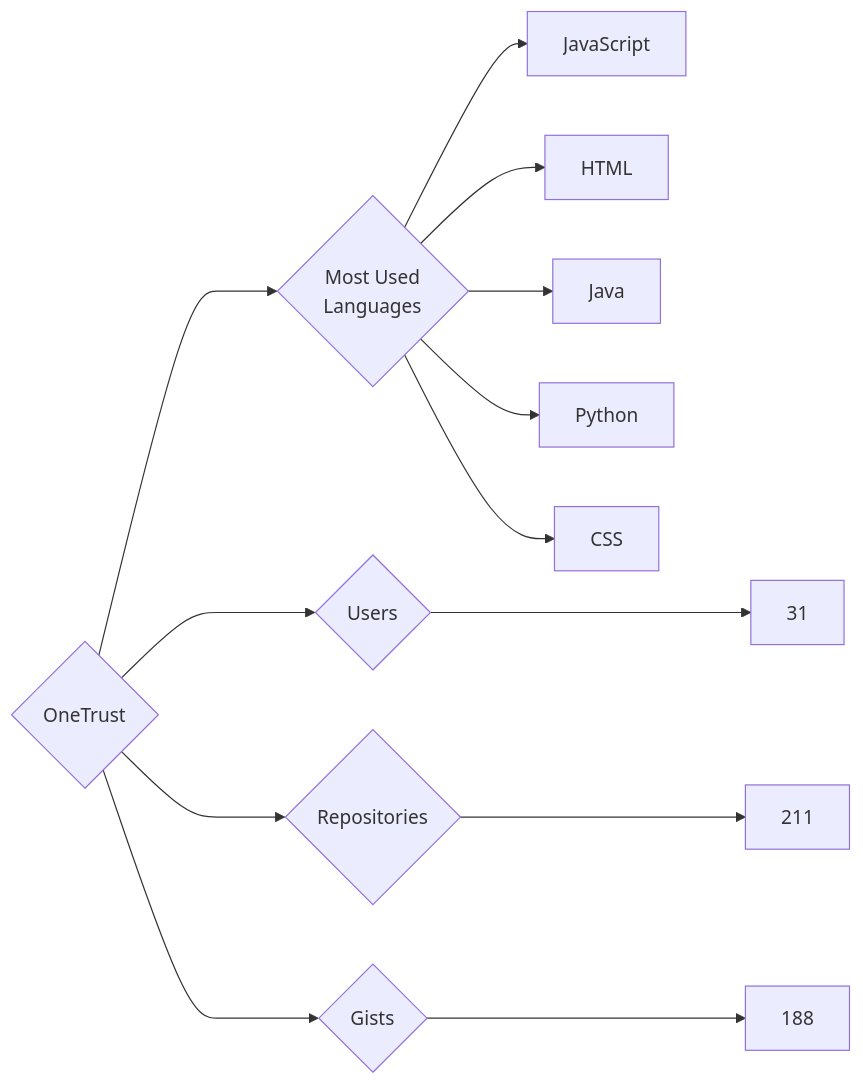
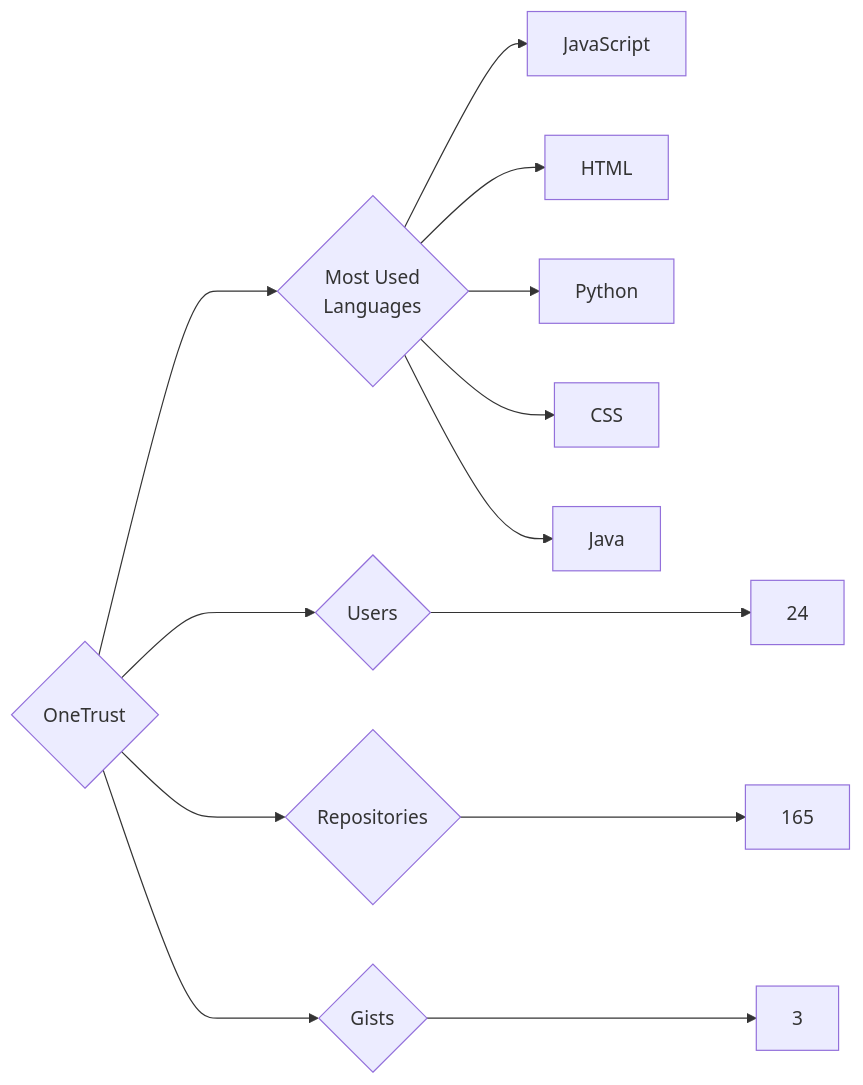
Before and after one commit to trickest/insiders: the diagram in targets/OneTrust/README.md, drawn with Mermaid. The commit also changed 871 other files, not shown here.

````diff
--- a/targets/OneTrust/README.md
+++ b/targets/OneTrust/README.md
@@ -3,13 +3,13 @@
 ```mermaid
 graph LR
 COMPANY_NAME{OneTrust}
-COMPANY_NAME ---> U{Users} ---> UN[31]
-COMPANY_NAME ---> R{Repositories} ---> RN[211]
-COMPANY_NAME ---> G{Gists} ---> GN[188]
+COMPANY_NAME ---> U{Users} ---> UN[24]
+COMPANY_NAME ---> R{Repositories} ---> RN[165]
+COMPANY_NAME ---> G{Gists} ---> GN[3]
 COMPANY_NAME ---> ML{Most Used<br>Languages}
 ML --> JavaScript[JavaScript]
 ML --> HTML[HTML]
-ML --> Java[Java]
 ML --> Python[Python]
 ML --> CSS[CSS]
+ML --> Java[Java]
 ```
````
